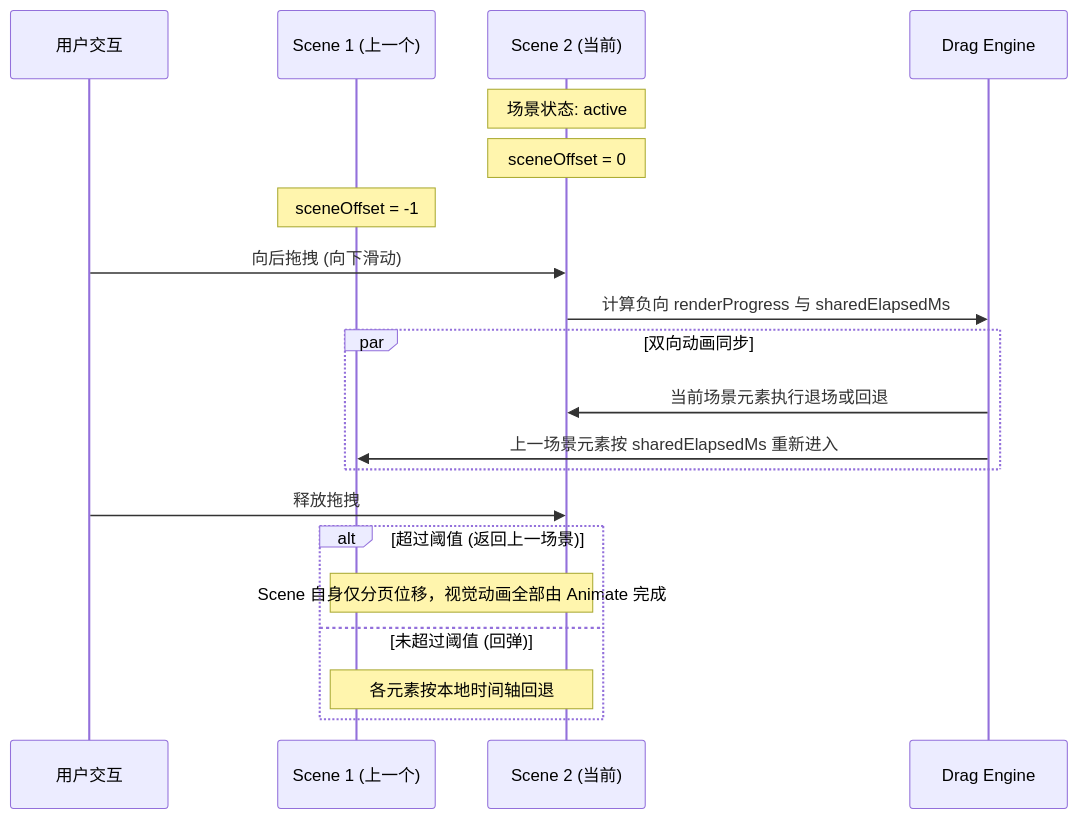
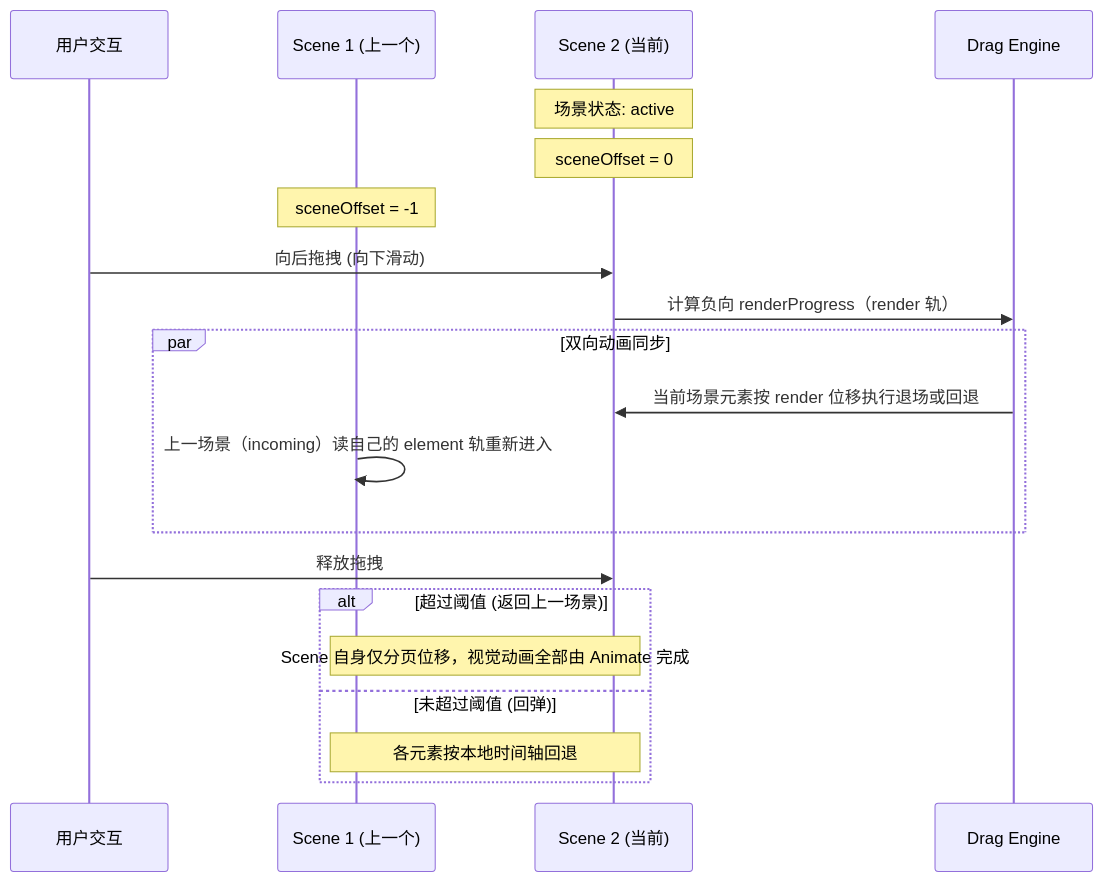
The fourth of 4 diagrams in design.md (AlienMu/cineview), drawn with Mermaid before and after one commit. The commit also changed other lines of this file and 184 other files, not shown here.

````diff
--- a/design.md
+++ b/design.md
@@ -805,28 +811,28 @@
 ```mermaid
 sequenceDiagram
     participant User as 用户交互
     participant SC1 as Scene 1 (上一个)
     participant SC2 as Scene 2 (当前)
     participant DE as Drag Engine
     
     Note over SC2: 场景状态: active
     Note over SC2: sceneOffset = 0
     Note over SC1: sceneOffset = -1
     
     User->>SC2: 向后拖拽 (向下滑动)
-    SC2->>DE: 计算负向 renderProgress 与 sharedElapsedMs
+    SC2->>DE: 计算负向 renderProgress（render 轨）
     
     par 双向动画同步
-        DE->>SC2: 当前场景元素执行退场或回退
-        DE->>SC1: 上一场景元素按 sharedElapsedMs 重新进入
+        DE->>SC2: 当前场景元素按 render 位移执行退场或回退
+        SC1->>SC1: 上一场景（incoming）读自己的 element 轨重新进入
     end
     
     User->>SC2: 释放拖拽
     
     alt 超过阈值 (返回上一场景)
         Note over SC2,SC1: Scene 自身仅分页位移，视觉动画全部由 Animate 完成
         
     else 未超过阈值 (回弹)
         Note over SC2,SC1: 各元素按本地时间轴回退
     end
 ```
````
